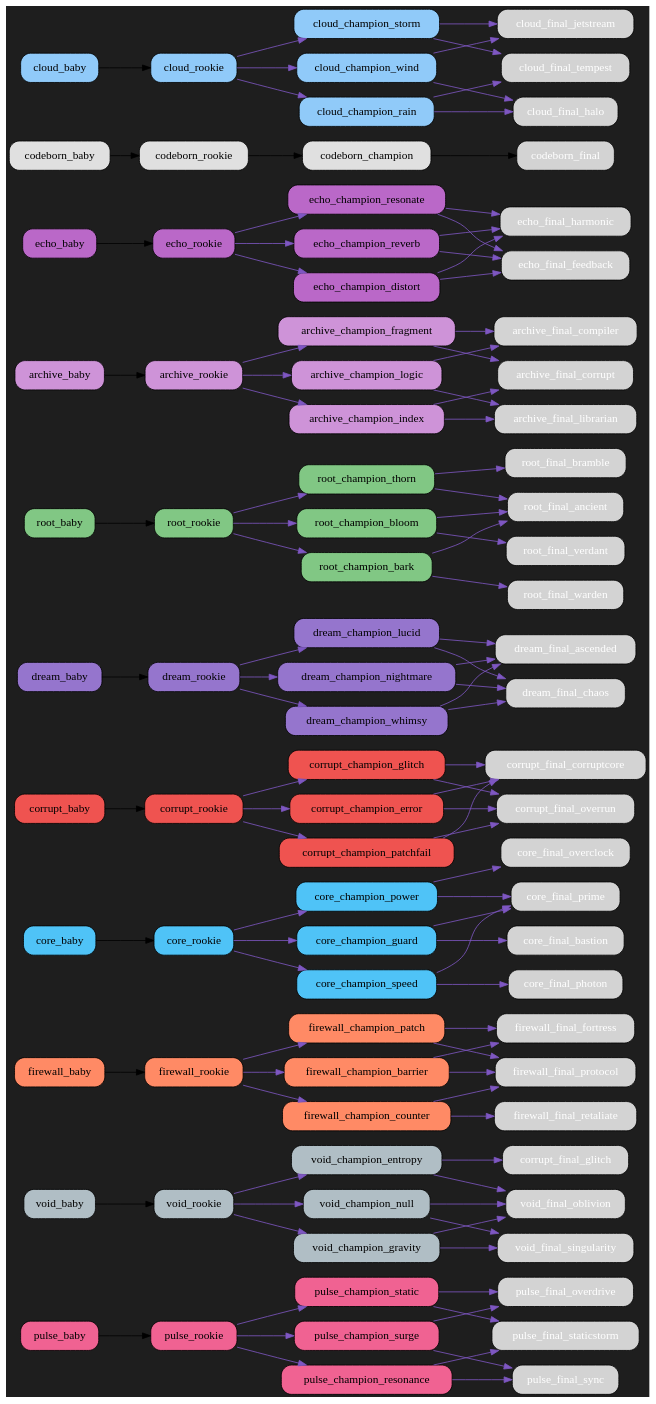
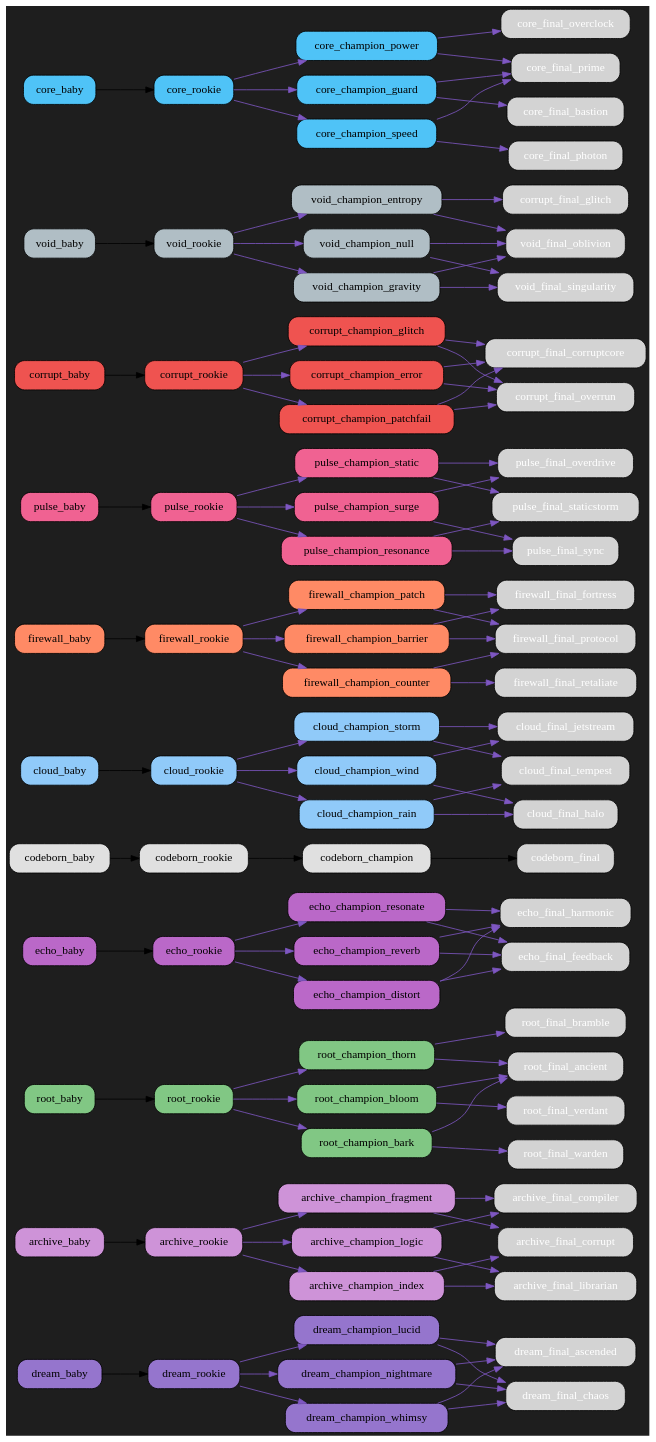
The diagram in src/netgrid/systems/evolution/graphs/dark/evolution_graph_dark.dot (bwlight/NetGrid), drawn with Graphviz before and after one commit. The commit also changed other lines of this file and 8 other files, not shown here.

Commit message:
Auto-update evolution graphs

```diff
--- a/src/netgrid/systems/evolution/graphs/dark/evolution_graph_dark.dot
+++ b/src/netgrid/systems/evolution/graphs/dark/evolution_graph_dark.dot
@@ -2,81 +2,6 @@
   rankdir=LR;
   bgcolor="#1e1e1e";
   node [shape=box, style="rounded,filled", fontcolor="white"];
-  "pulse_baby" [fillcolor="#f06292", fontcolor="black"];
-  "pulse_baby" -> "pulse_rookie";
-  "pulse_rookie" [fillcolor="#f06292", fontcolor="black"];
-  "pulse_rookie" -> "pulse_champion_surge" [color="#7e57c2"];
-  "pulse_rookie" -> "pulse_champion_resonance" [color="#7e57c2"];
-  "pulse_rookie" -> "pulse_champion_static" [color="#7e57c2"];
-  "pulse_champion_surge" [fillcolor="#f06292", fontcolor="black"];
-  "pulse_champion_surge" -> "pulse_final_overdrive" [color="#7e57c2"];
-  "pulse_champion_surge" -> "pulse_final_sync" [color="#7e57c2"];
-  "pulse_champion_resonance" [fillcolor="#f06292", fontcolor="black"];
-  "pulse_champion_resonance" -> "pulse_final_sync" [color="#7e57c2"];
-  "pulse_champion_resonance" -> "pulse_final_staticstorm" [color="#7e57c2"];
-  "pulse_champion_static" [fillcolor="#f06292", fontcolor="black"];
-  "pulse_champion_static" -> "pulse_final_staticstorm" [color="#7e57c2"];
-  "pulse_champion_static" -> "pulse_final_overdrive" [color="#7e57c2"];
-  "void_baby" [fillcolor="#b0bec5", fontcolor="black"];
-  "void_baby" -> "void_rookie";
-  "void_rookie" [fillcolor="#b0bec5", fontcolor="black"];
-  "void_rookie" -> "void_champion_entropy" [color="#7e57c2"];
-  "void_rookie" -> "void_champion_gravity" [color="#7e57c2"];
-  "void_rookie" -> "void_champion_null" [color="#7e57c2"];
-  "void_champion_entropy" [fillcolor="#b0bec5", fontcolor="black"];
-  "void_champion_entropy" -> "corrupt_final_glitch" [color="#7e57c2"];
-  "void_champion_entropy" -> "void_final_oblivion" [color="#7e57c2"];
-  "void_champion_gravity" [fillcolor="#b0bec5", fontcolor="black"];
-  "void_champion_gravity" -> "void_final_singularity" [color="#7e57c2"];
-  "void_champion_gravity" -> "void_final_oblivion" [color="#7e57c2"];
-  "void_champion_null" [fillcolor="#b0bec5", fontcolor="black"];
-  "void_champion_null" -> "void_final_oblivion" [color="#7e57c2"];
-  "void_champion_null" -> "void_final_singularity" [color="#7e57c2"];
-  "firewall_baby" [fillcolor="#ff8a65", fontcolor="black"];
-  "firewall_baby" -> "firewall_rookie";
-  "firewall_rookie" [fillcolor="#ff8a65", fontcolor="black"];
-  "firewall_rookie" -> "firewall_champion_barrier" [color="#7e57c2"];
-  "firewall_rookie" -> "firewall_champion_counter" [color="#7e57c2"];
-  "firewall_rookie" -> "firewall_champion_patch" [color="#7e57c2"];
-  "firewall_champion_barrier" [fillcolor="#ff8a65", fontcolor="black"];
-  "firewall_champion_barrier" -> "firewall_final_fortress" [color="#7e57c2"];
-  "firewall_champion_barrier" -> "firewall_final_protocol" [color="#7e57c2"];
-  "firewall_champion_counter" [fillcolor="#ff8a65", fontcolor="black"];
-  "firewall_champion_counter" -> "firewall_final_retaliate" [color="#7e57c2"];
-  "firewall_champion_counter" -> "firewall_final_protocol" [color="#7e57c2"];
-  "firewall_champion_patch" [fillcolor="#ff8a65", fontcolor="black"];
-  "firewall_champion_patch" -> "firewall_final_protocol" [color="#7e57c2"];
-  "firewall_champion_patch" -> "firewall_final_fortress" [color="#7e57c2"];
-  "core_baby" [fillcolor="#4fc3f7", fontcolor="black"];
-  "core_baby" -> "core_rookie";
-  "core_rookie" [fillcolor="#4fc3f7", fontcolor="black"];
-  "core_rookie" -> "core_champion_power" [color="#7e57c2"];
-  "core_rookie" -> "core_champion_guard" [color="#7e57c2"];
-  "core_rookie" -> "core_champion_speed" [color="#7e57c2"];
-  "core_champion_power" [fillcolor="#4fc3f7", fontcolor="black"];
-  "core_champion_power" -> "core_final_overclock" [color="#7e57c2"];
-  "core_champion_power" -> "core_final_prime" [color="#7e57c2"];
-  "core_champion_guard" [fillcolor="#4fc3f7", fontcolor="black"];
-  "core_champion_guard" -> "core_final_bastion" [color="#7e57c2"];
-  "core_champion_guard" -> "core_final_prime" [color="#7e57c2"];
-  "core_champion_speed" [fillcolor="#4fc3f7", fontcolor="black"];
-  "core_champion_speed" -> "core_final_photon" [color="#7e57c2"];
-  "core_champion_speed" -> "core_final_prime" [color="#7e57c2"];
-  "corrupt_baby" [fillcolor="#ef5350", fontcolor="black"];
-  "corrupt_baby" -> "corrupt_rookie";
-  "corrupt_rookie" [fillcolor="#ef5350", fontcolor="black"];
-  "corrupt_rookie" -> "corrupt_champion_glitch" [color="#7e57c2"];
-  "corrupt_rookie" -> "corrupt_champion_error" [color="#7e57c2"];
-  "corrupt_rookie" -> "corrupt_champion_patchfail" [color="#7e57c2"];
-  "corrupt_champion_glitch" [fillcolor="#ef5350", fontcolor="black"];
-  "corrupt_champion_glitch" -> "corrupt_final_corruptcore" [color="#7e57c2"];
-  "corrupt_champion_glitch" -> "corrupt_final_overrun" [color="#7e57c2"];
-  "corrupt_champion_error" [fillcolor="#ef5350", fontcolor="black"];
-  "corrupt_champion_error" -> "corrupt_final_overrun" [color="#7e57c2"];
-  "corrupt_champion_error" -> "corrupt_final_corruptcore" [color="#7e57c2"];
-  "corrupt_champion_patchfail" [fillcolor="#ef5350", fontcolor="black"];
-  "corrupt_champion_patchfail" -> "corrupt_final_corruptcore" [color="#7e57c2"];
-  "corrupt_champion_patchfail" -> "corrupt_final_overrun" [color="#7e57c2"];
   "dream_baby" [fillcolor="#9575cd", fontcolor="black"];
   "dream_baby" -> "dream_rookie";
   "dream_rookie" [fillcolor="#9575cd", fontcolor="black"];
@@ -92,6 +17,21 @@
   "dream_champion_whimsy" [fillcolor="#9575cd", fontcolor="black"];
   "dream_champion_whimsy" -> "dream_final_ascended" [color="#7e57c2"];
   "dream_champion_whimsy" -> "dream_final_chaos" [color="#7e57c2"];
+  "archive_baby" [fillcolor="#ce93d8", fontcolor="black"];
+  "archive_baby" -> "archive_rookie";
+  "archive_rookie" [fillcolor="#ce93d8", fontcolor="black"];
+  "archive_rookie" -> "archive_champion_logic" [color="#7e57c2"];
+  "archive_rookie" -> "archive_champion_index" [color="#7e57c2"];
+  "archive_rookie" -> "archive_champion_fragment" [color="#7e57c2"];
+  "archive_champion_logic" [fillcolor="#ce93d8", fontcolor="black"];
+  "archive_champion_logic" -> "archive_final_compiler" [color="#7e57c2"];
+  "archive_champion_logic" -> "archive_final_librarian" [color="#7e57c2"];
+  "archive_champion_index" [fillcolor="#ce93d8", fontcolor="black"];
+  "archive_champion_index" -> "archive_final_librarian" [color="#7e57c2"];
+  "archive_champion_index" -> "archive_final_corrupt" [color="#7e57c2"];
+  "archive_champion_fragment" [fillcolor="#ce93d8", fontcolor="black"];
+  "archive_champion_fragment" -> "archive_final_corrupt" [color="#7e57c2"];
+  "archive_champion_fragment" -> "archive_final_compiler" [color="#7e57c2"];
   "root_baby" [fillcolor="#81c784", fontcolor="black"];
   "root_baby" -> "root_rookie";
   "root_rookie" [fillcolor="#81c784", fontcolor="black"];
@@ -107,21 +47,6 @@
   "root_champion_bark" [fillcolor="#81c784", fontcolor="black"];
   "root_champion_bark" -> "root_final_warden" [color="#7e57c2"];
   "root_champion_bark" -> "root_final_ancient" [color="#7e57c2"];
-  "archive_baby" [fillcolor="#ce93d8", fontcolor="black"];
-  "archive_baby" -> "archive_rookie";
-  "archive_rookie" [fillcolor="#ce93d8", fontcolor="black"];
-  "archive_rookie" -> "archive_champion_logic" [color="#7e57c2"];
-  "archive_rookie" -> "archive_champion_index" [color="#7e57c2"];
-  "archive_rookie" -> "archive_champion_fragment" [color="#7e57c2"];
-  "archive_champion_logic" [fillcolor="#ce93d8", fontcolor="black"];
-  "archive_champion_logic" -> "archive_final_compiler" [color="#7e57c2"];
-  "archive_champion_logic" -> "archive_final_librarian" [color="#7e57c2"];
-  "archive_champion_index" [fillcolor="#ce93d8", fontcolor="black"];
-  "archive_champion_index" -> "archive_final_librarian" [color="#7e57c2"];
-  "archive_champion_index" -> "archive_final_corrupt" [color="#7e57c2"];
-  "archive_champion_fragment" [fillcolor="#ce93d8", fontcolor="black"];
-  "archive_champion_fragment" -> "archive_final_corrupt" [color="#7e57c2"];
-  "archive_champion_fragment" -> "archive_final_compiler" [color="#7e57c2"];
   "echo_baby" [fillcolor="#ba68c8", fontcolor="black"];
   "echo_baby" -> "echo_rookie";
   "echo_rookie" [fillcolor="#ba68c8", fontcolor="black"];
@@ -158,4 +83,79 @@
   "cloud_champion_storm" [fillcolor="#90caf9", fontcolor="black"];
   "cloud_champion_storm" -> "cloud_final_tempest" [color="#7e57c2"];
   "cloud_champion_storm" -> "cloud_final_jetstream" [color="#7e57c2"];
+  "firewall_baby" [fillcolor="#ff8a65", fontcolor="black"];
+  "firewall_baby" -> "firewall_rookie";
+  "firewall_rookie" [fillcolor="#ff8a65", fontcolor="black"];
+  "firewall_rookie" -> "firewall_champion_barrier" [color="#7e57c2"];
+  "firewall_rookie" -> "firewall_champion_counter" [color="#7e57c2"];
+  "firewall_rookie" -> "firewall_champion_patch" [color="#7e57c2"];
+  "firewall_champion_barrier" [fillcolor="#ff8a65", fontcolor="black"];
+  "firewall_champion_barrier" -> "firewall_final_fortress" [color="#7e57c2"];
+  "firewall_champion_barrier" -> "firewall_final_protocol" [color="#7e57c2"];
+  "firewall_champion_counter" [fillcolor="#ff8a65", fontcolor="black"];
+  "firewall_champion_counter" -> "firewall_final_retaliate" [color="#7e57c2"];
+  "firewall_champion_counter" -> "firewall_final_protocol" [color="#7e57c2"];
+  "firewall_champion_patch" [fillcolor="#ff8a65", fontcolor="black"];
+  "firewall_champion_patch" -> "firewall_final_protocol" [color="#7e57c2"];
+  "firewall_champion_patch" -> "firewall_final_fortress" [color="#7e57c2"];
+  "pulse_baby" [fillcolor="#f06292", fontcolor="black"];
+  "pulse_baby" -> "pulse_rookie";
+  "pulse_rookie" [fillcolor="#f06292", fontcolor="black"];
+  "pulse_rookie" -> "pulse_champion_surge" [color="#7e57c2"];
+  "pulse_rookie" -> "pulse_champion_resonance" [color="#7e57c2"];
+  "pulse_rookie" -> "pulse_champion_static" [color="#7e57c2"];
+  "pulse_champion_surge" [fillcolor="#f06292", fontcolor="black"];
+  "pulse_champion_surge" -> "pulse_final_overdrive" [color="#7e57c2"];
+  "pulse_champion_surge" -> "pulse_final_sync" [color="#7e57c2"];
+  "pulse_champion_resonance" [fillcolor="#f06292", fontcolor="black"];
+  "pulse_champion_resonance" -> "pulse_final_sync" [color="#7e57c2"];
+  "pulse_champion_resonance" -> "pulse_final_staticstorm" [color="#7e57c2"];
+  "pulse_champion_static" [fillcolor="#f06292", fontcolor="black"];
+  "pulse_champion_static" -> "pulse_final_staticstorm" [color="#7e57c2"];
+  "pulse_champion_static" -> "pulse_final_overdrive" [color="#7e57c2"];
+  "corrupt_baby" [fillcolor="#ef5350", fontcolor="black"];
+  "corrupt_baby" -> "corrupt_rookie";
+  "corrupt_rookie" [fillcolor="#ef5350", fontcolor="black"];
+  "corrupt_rookie" -> "corrupt_champion_glitch" [color="#7e57c2"];
+  "corrupt_rookie" -> "corrupt_champion_error" [color="#7e57c2"];
+  "corrupt_rookie" -> "corrupt_champion_patchfail" [color="#7e57c2"];
+  "corrupt_champion_glitch" [fillcolor="#ef5350", fontcolor="black"];
+  "corrupt_champion_glitch" -> "corrupt_final_corruptcore" [color="#7e57c2"];
+  "corrupt_champion_glitch" -> "corrupt_final_overrun" [color="#7e57c2"];
+  "corrupt_champion_error" [fillcolor="#ef5350", fontcolor="black"];
+  "corrupt_champion_error" -> "corrupt_final_overrun" [color="#7e57c2"];
+  "corrupt_champion_error" -> "corrupt_final_corruptcore" [color="#7e57c2"];
+  "corrupt_champion_patchfail" [fillcolor="#ef5350", fontcolor="black"];
+  "corrupt_champion_patchfail" -> "corrupt_final_corruptcore" [color="#7e57c2"];
+  "corrupt_champion_patchfail" -> "corrupt_final_overrun" [color="#7e57c2"];
+  "void_baby" [fillcolor="#b0bec5", fontcolor="black"];
+  "void_baby" -> "void_rookie";
+  "void_rookie" [fillcolor="#b0bec5", fontcolor="black"];
+  "void_rookie" -> "void_champion_entropy" [color="#7e57c2"];
+  "void_rookie" -> "void_champion_gravity" [color="#7e57c2"];
+  "void_rookie" -> "void_champion_null" [color="#7e57c2"];
+  "void_champion_entropy" [fillcolor="#b0bec5", fontcolor="black"];
+  "void_champion_entropy" -> "corrupt_final_glitch" [color="#7e57c2"];
+  "void_champion_entropy" -> "void_final_oblivion" [color="#7e57c2"];
+  "void_champion_gravity" [fillcolor="#b0bec5", fontcolor="black"];
+  "void_champion_gravity" -> "void_final_singularity" [color="#7e57c2"];
+  "void_champion_gravity" -> "void_final_oblivion" [color="#7e57c2"];
+  "void_champion_null" [fillcolor="#b0bec5", fontcolor="black"];
+  "void_champion_null" -> "void_final_oblivion" [color="#7e57c2"];
+  "void_champion_null" -> "void_final_singularity" [color="#7e57c2"];
+  "core_baby" [fillcolor="#4fc3f7", fontcolor="black"];
+  "core_baby" -> "core_rookie";
+  "core_rookie" [fillcolor="#4fc3f7", fontcolor="black"];
+  "core_rookie" -> "core_champion_power" [color="#7e57c2"];
+  "core_rookie" -> "core_champion_guard" [color="#7e57c2"];
+  "core_rookie" -> "core_champion_speed" [color="#7e57c2"];
+  "core_champion_power" [fillcolor="#4fc3f7", fontcolor="black"];
+  "core_champion_power" -> "core_final_overclock" [color="#7e57c2"];
+  "core_champion_power" -> "core_final_prime" [color="#7e57c2"];
+  "core_champion_guard" [fillcolor="#4fc3f7", fontcolor="black"];
+  "core_champion_guard" -> "core_final_bastion" [color="#7e57c2"];
+  "core_champion_guard" -> "core_final_prime" [color="#7e57c2"];
+  "core_champion_speed" [fillcolor="#4fc3f7", fontcolor="black"];
+  "core_champion_speed" -> "core_final_photon" [color="#7e57c2"];
+  "core_champion_speed" -> "core_final_prime" [color="#7e57c2"];
 }
```
